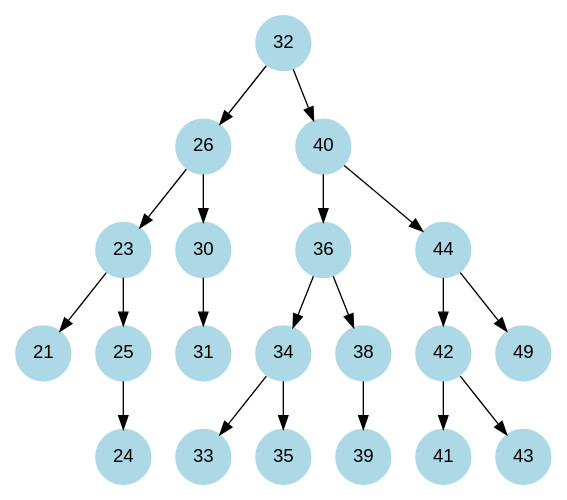
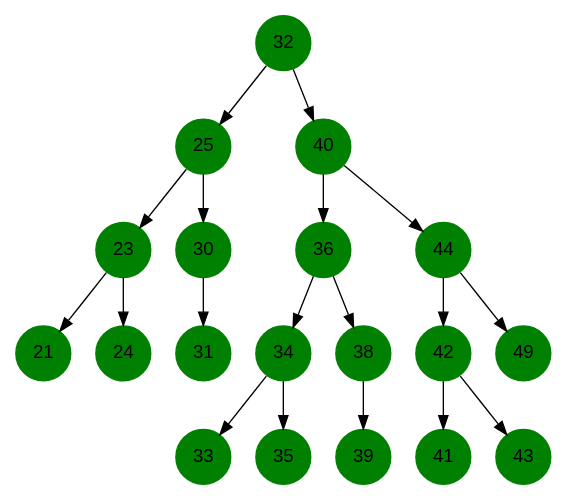
The diagram in src/main/resources/avl_tree.dot (Ikhideifidon/CodeDuel), drawn with Graphviz before and after one commit. The commit also changed 6 other files, not shown here.

```diff
--- a/src/main/resources/avl_tree.dot
+++ b/src/main/resources/avl_tree.dot
@@ -1,42 +1,40 @@
 DIGRAPH AVL {
-  Node [shape=circle, style=filled, color=lightblue, fontname=Arial];
+  Node [shape=circle, style=filled, color=green, fontname=Arial];
 	32;
-	32 -> 26;
-	26;
-	26 -> 23;
+	32 -> 25;
+	25;
+	25 -> 23;
 	23;
 	23 -> 21;
 	21;
-	23 -> 25;
-	25;
-	25 -> 24;
+	23 -> 24;
 	24;
-	26 -> 30;
+	25 -> 30;
 	30;
 	30 -> 31;
 	31;
 	32 -> 40;
 	40;
 	40 -> 36;
 	36;
 	36 -> 34;
 	34;
 	34 -> 33;
 	33;
 	34 -> 35;
 	35;
 	36 -> 38;
 	38;
 	38 -> 39;
 	39;
 	40 -> 44;
 	44;
 	44 -> 42;
 	42;
 	42 -> 41;
 	41;
 	42 -> 43;
 	43;
 	44 -> 49;
 	49;
 }
```
